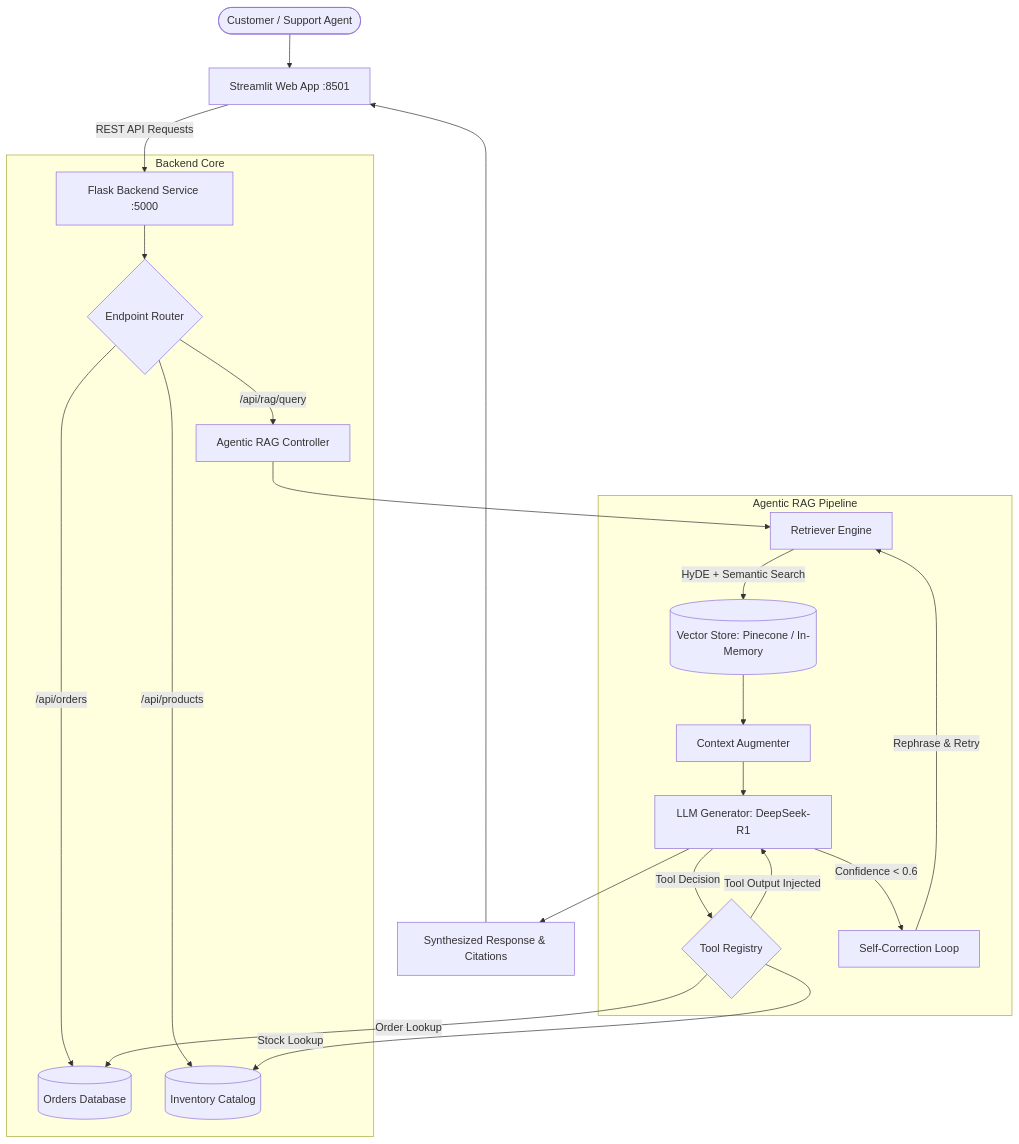
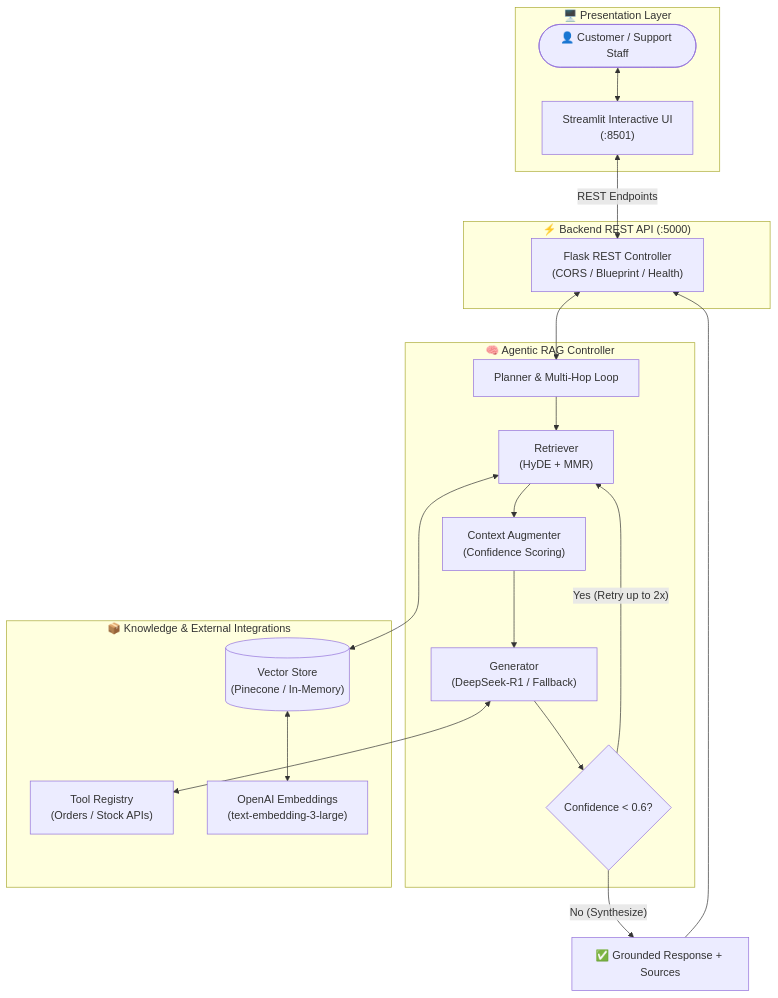
One commit to AditiSingh-321/ecom-support-rag-agent changed the diagram in README.md. Above: the diagram before and after it, drawn with Mermaid. The commit also changed other lines of this file, not shown here.

Commit message:
docs: upgrade README with modern hero, badges, comparison table and architecture flow

````diff
--- a/README.md
+++ b/README.md
@@ -28,30 +70,41 @@
 ```mermaid
-graph TD
-    User([Customer / Support Agent]) --> UI[Streamlit Web App :8501]
-    UI -->|REST API Requests| API[Flask Backend Service :5000]
-
-    subgraph "Backend Core"
-        API --> Router{Endpoint Router}
-        Router -->|/api/orders| DB[(Orders Database)]
-        Router -->|/api/products| Catalog[(Inventory Catalog)]
-        Router -->|/api/rag/query| Agent[Agentic RAG Controller]
+flowchart TB
+    subgraph UI_Layer ["🖥️ Presentation Layer"]
+        User(["👤 Customer / Support Staff"])
+        Streamlit["Streamlit Interactive UI\n(:8501)"]
+        User <--> Streamlit
     end
 
-    subgraph "Agentic RAG Pipeline"
-        Agent --> Retriever[Retriever Engine]
-        Retriever -->|HyDE + Semantic Search| VStore[(Vector Store: Pinecone / In-Memory)]
-        VStore --> Augmenter[Context Augmenter]
-        Augmenter --> Generator[LLM Generator: DeepSeek-R1]
-
-        Generator -->|Tool Decision| Tools{Tool Registry}
-        Tools -->|Order Lookup| DB
-        Tools -->|Stock Lookup| Catalog
-        Tools -->|Tool Output Injected| Generator
-
-        Generator -->|Confidence < 0.6| Refine[Self-Correction Loop]
-        Refine -->|Rephrase & Retry| Retriever
+    subgraph API_Layer ["⚡ Backend REST API (:5000)"]
+        Flask["Flask REST Controller\n(CORS / Blueprint / Health)"]
+        Streamlit <-->|REST Endpoints| Flask
     end
 
-    Generator --> FinalAnswer[Synthesized Response & Citations]
-    FinalAnswer --> UI
+    subgraph Agentic_Core ["🧠 Agentic RAG Controller"]
+        Planner["Planner & Multi-Hop Loop"]
+        Retriever["Retriever\n(HyDE + MMR)"]
+        Augmenter["Context Augmenter\n(Confidence Scoring)"]
+        Generator["Generator\n(DeepSeek-R1 / Fallback)"]
+        SelfCorrection{"Confidence < 0.6?"}
+
+        Flask <--> Planner
+        Planner --> Retriever
+        Retriever --> Augmenter
+        Augmenter --> Generator
+        Generator --> SelfCorrection
+        SelfCorrection -- "Yes (Retry up to 2x)" --> Retriever
+    end
+
+    subgraph External_Resources ["📦 Knowledge & External Integrations"]
+        VStore[("Vector Store\n(Pinecone / In-Memory)")]
+        Tools["Tool Registry\n(Orders / Stock APIs)"]
+        Embeddings["OpenAI Embeddings\n(text-embedding-3-large)"]
+
+        Retriever <--> VStore
+        VStore <--> Embeddings
+        Generator <--> Tools
+    end
+
+    SelfCorrection -- "No (Synthesize)" --> FinalAnswer["✅ Grounded Response + Sources"]
+    FinalAnswer --> Flask
 ```
````
